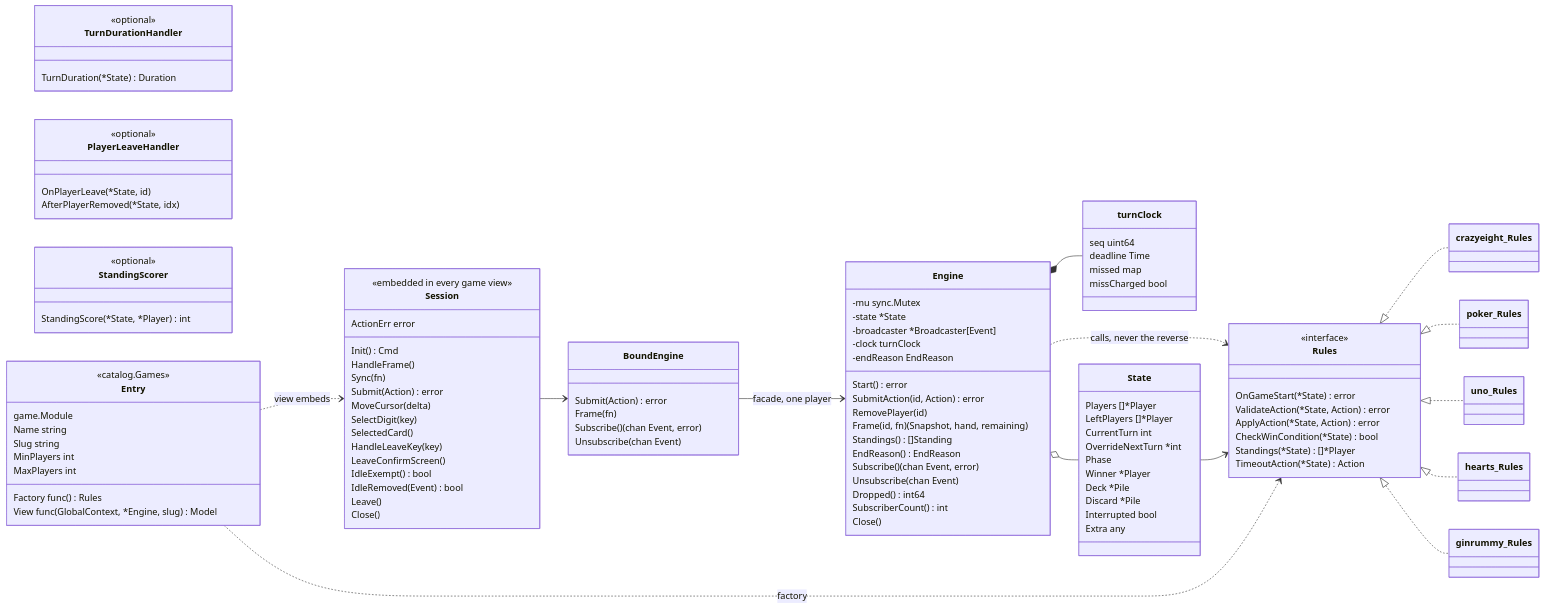
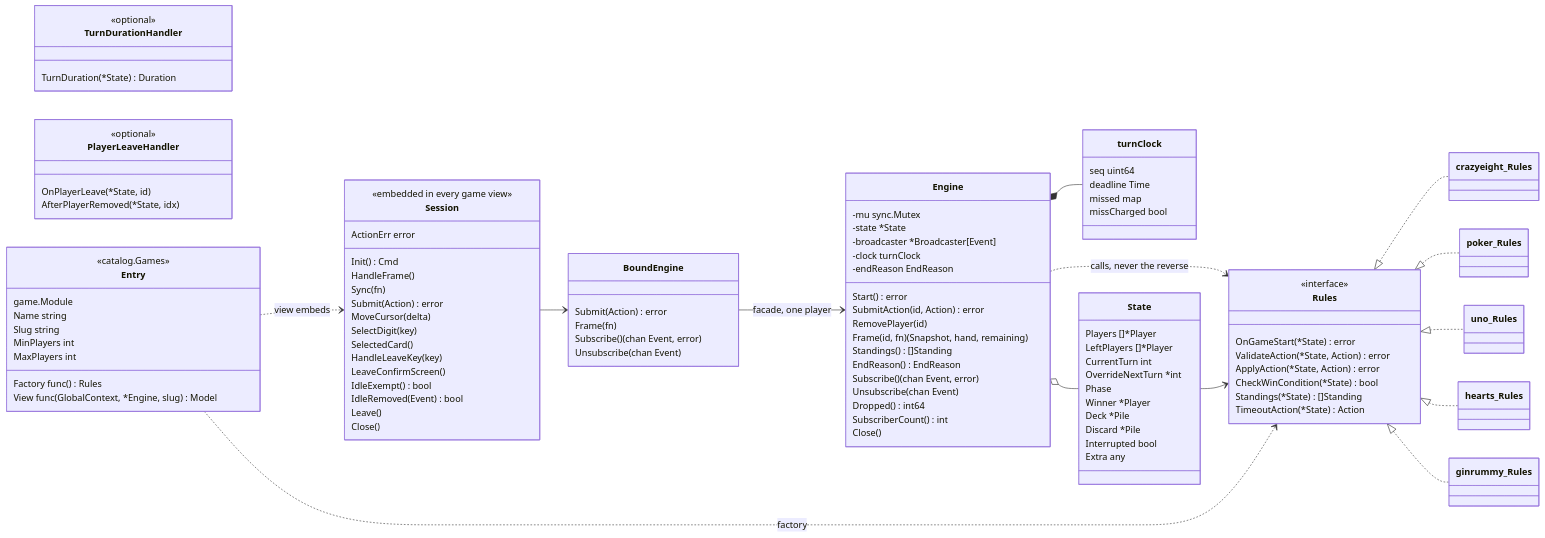
Before and after one commit to Pieczasz/tty-cards: the tenth of 11 diagrams in docs/codebase-map.md, drawn with Mermaid. The commit also changed other lines of this file and 31 other files, not shown here.

Commit message:
refactor(game): Standings returns places; drop StandingScorer

```diff
--- a/docs/codebase-map.md
+++ b/docs/codebase-map.md
@@ -351,7 +351,7 @@
         ValidateAction(*State, Action) error
         ApplyAction(*State, Action) error
         CheckWinCondition(*State) bool
-        Standings(*State) []*Player
+        Standings(*State) []Standing
         TimeoutAction(*State) Action
     }
     class TurnDurationHandler {
@@ -362,10 +362,6 @@
         <<optional>>
         OnPlayerLeave(*State, id)
         AfterPlayerRemoved(*State, idx)
-    }
-    class StandingScorer {
-        <<optional>>
-        StandingScore(*State, *Player) int
     }
 
     class Engine {
```
